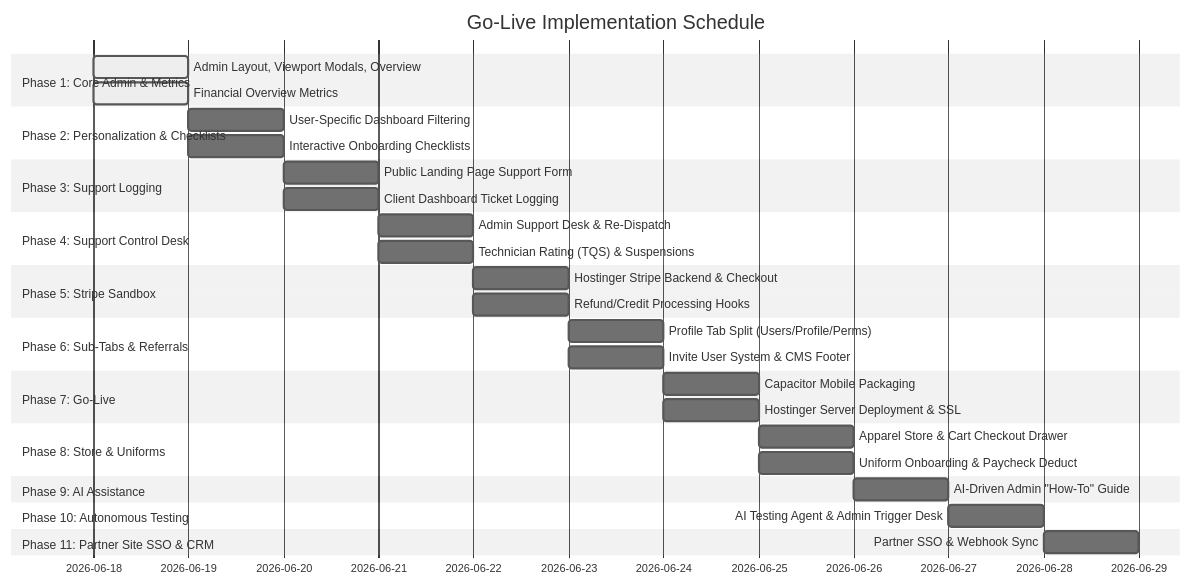
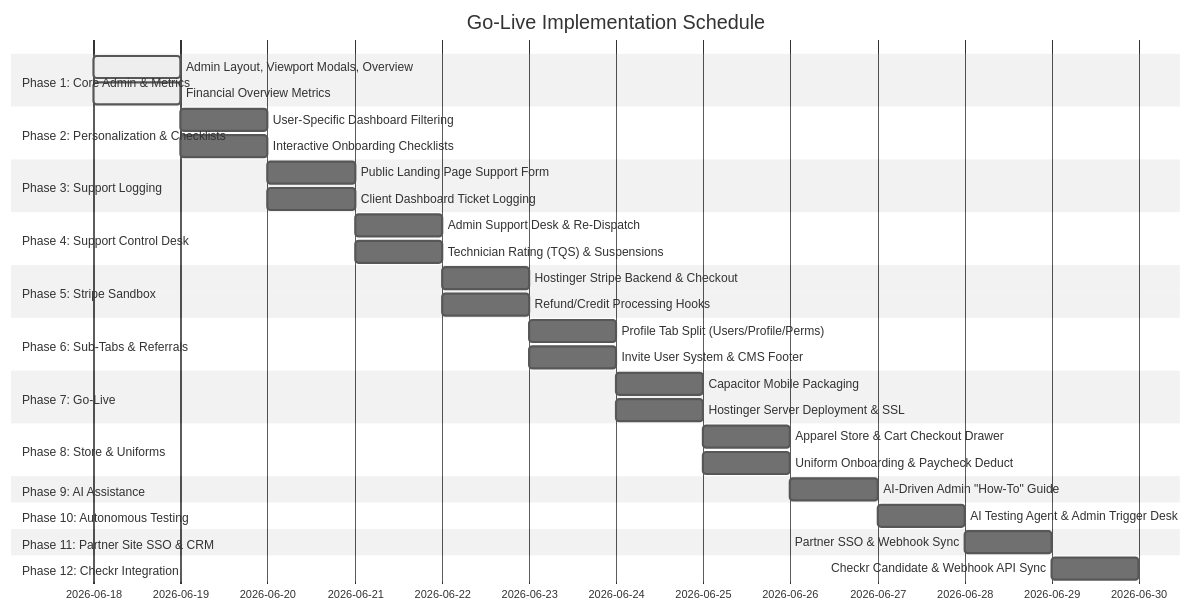
The diagram in go_live_plan.md (tunnel-vision-web/atltvmountpro), drawn with Mermaid (neutral theme) before and after one commit. The commit also changed other lines of this file and 9 other files, not shown here.

````diff
--- a/go_live_plan.md
+++ b/go_live_plan.md
@@ -12,35 +12,37 @@
  ```mermaid
  gantt
       title Go-Live Implementation Schedule
       dateFormat  YYYY-MM-DD
       section Phase 1: Core Admin & Metrics
       Admin Layout, Viewport Modals, Overview  :active, day1, 2026-06-18, 1d
       Financial Overview Metrics               :active, day1, 2026-06-18, 1d
       section Phase 2: Personalization & Checklists
       User-Specific Dashboard Filtering        :day2, 2026-06-19, 1d
       Interactive Onboarding Checklists        :day2, 2026-06-19, 1d
       section Phase 3: Support Logging
       Public Landing Page Support Form         :day3, 2026-06-20, 1d
       Client Dashboard Ticket Logging          :day3, 2026-06-20, 1d
       section Phase 4: Support Control Desk
       Admin Support Desk & Re-Dispatch         :day4, 2026-06-21, 1d
       Technician Rating (TQS) & Suspensions    :day4, 2026-06-21, 1d
       section Phase 5: Stripe Sandbox
       Hostinger Stripe Backend & Checkout      :day5, 2026-06-22, 1d
       Refund/Credit Processing Hooks           :day5, 2026-06-22, 1d
       section Phase 6: Sub-Tabs & Referrals
       Profile Tab Split (Users/Profile/Perms)  :day6, 2026-06-23, 1d
       Invite User System & CMS Footer          :day6, 2026-06-23, 1d
       section Phase 7: Go-Live
       Capacitor Mobile Packaging               :day7, 2026-06-24, 1d
       Hostinger Server Deployment & SSL        :day7, 2026-06-24, 1d
       section Phase 8: Store & Uniforms
       Apparel Store & Cart Checkout Drawer     :day8, 2026-06-25, 1d
       Uniform Onboarding & Paycheck Deduct     :day8, 2026-06-25, 1d
       section Phase 9: AI Assistance
       AI-Driven Admin "How-To" Guide           :day9, 2026-06-26, 1d
       section Phase 10: Autonomous Testing
       AI Testing Agent & Admin Trigger Desk    :day10, 2026-06-27, 1d
       section Phase 11: Partner Site SSO & CRM
       Partner SSO & Webhook Sync               :day11, 2026-06-28, 1d
+      section Phase 12: Checkr Integration
+      Checkr Candidate & Webhook API Sync      :day12, 2026-06-29, 1d
  ```
````
